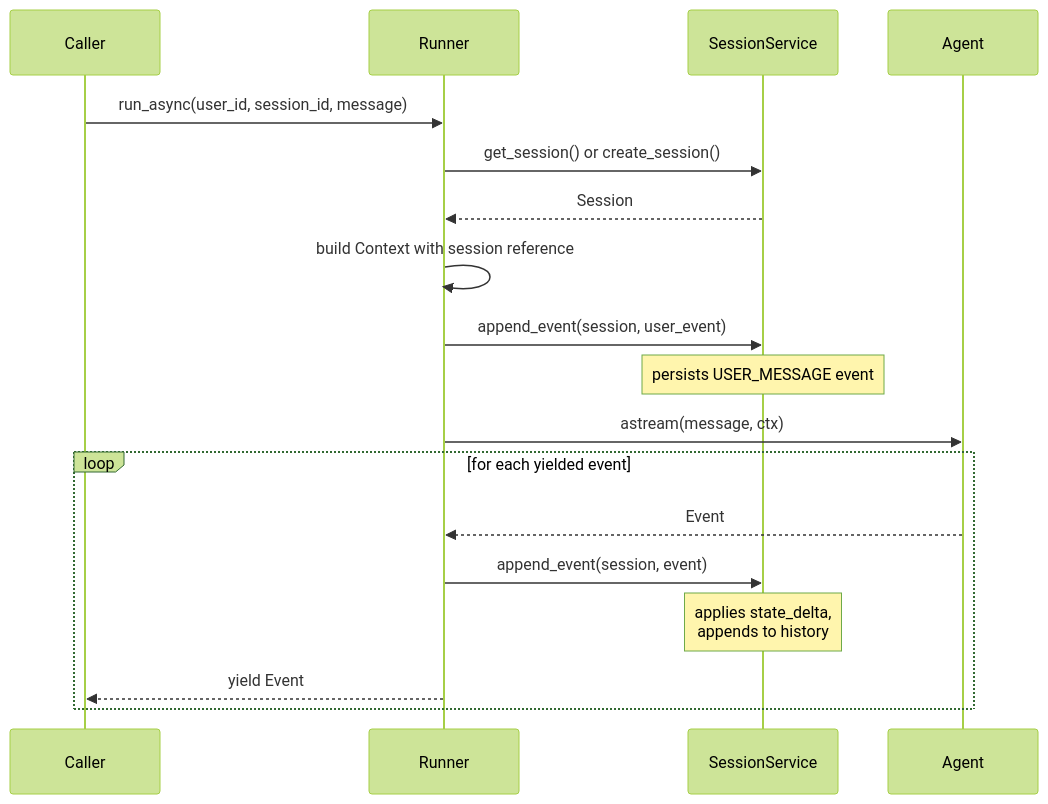
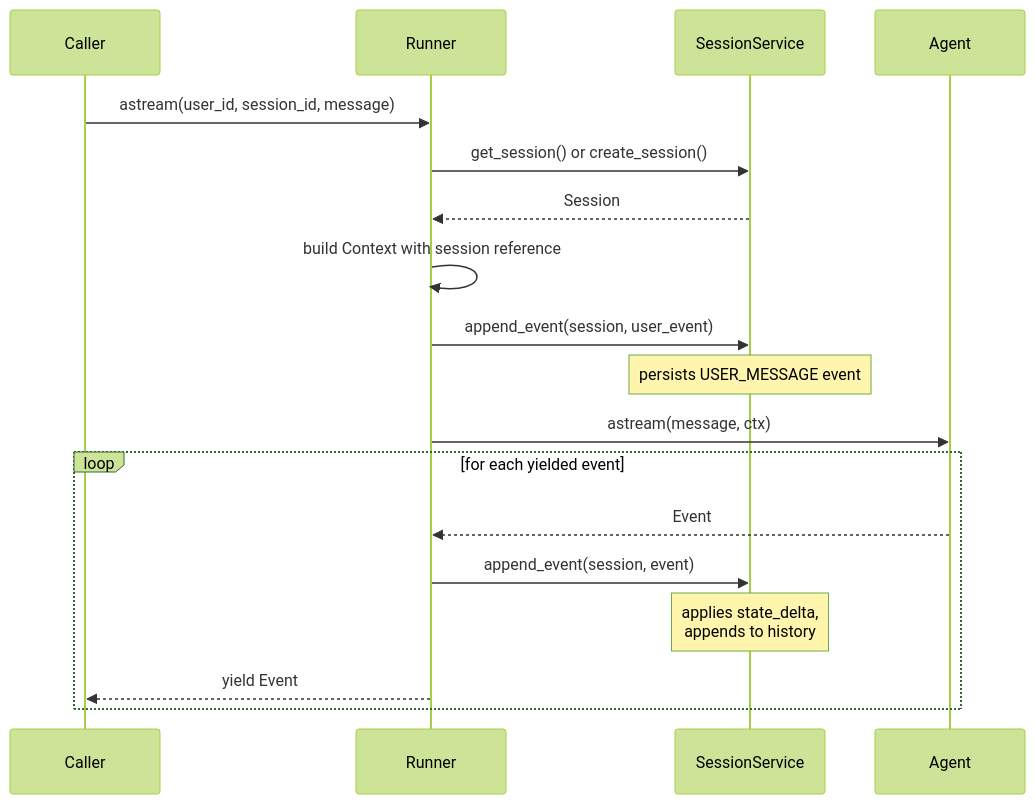
The second of 2 diagrams in docs/architecture.md (NicolaiLassen/orxhestra), drawn with Mermaid (forest theme) before and after one commit. The commit also changed 47 other files, not shown here.

````diff
--- a/docs/architecture.md
+++ b/docs/architecture.md
@@ -43,23 +43,23 @@
 ```mermaid
 sequenceDiagram
     participant C as Caller
     participant R as Runner
     participant S as SessionService
     participant A as Agent
 
-    C->>R: run_async(user_id, session_id, message)
+    C->>R: astream(user_id, session_id, message)
     R->>S: get_session() or create_session()
     S-->>R: Session
     R->>R: build Context with session reference
     R->>S: append_event(session, user_event)
     note over S: persists USER_MESSAGE event
 
     R->>A: astream(message, ctx)
 
     loop for each yielded event
         A-->>R: Event
         R->>S: append_event(session, event)
         note over S: applies state_delta,<br/>appends to history
         R-->>C: yield Event
     end
 ```
````
